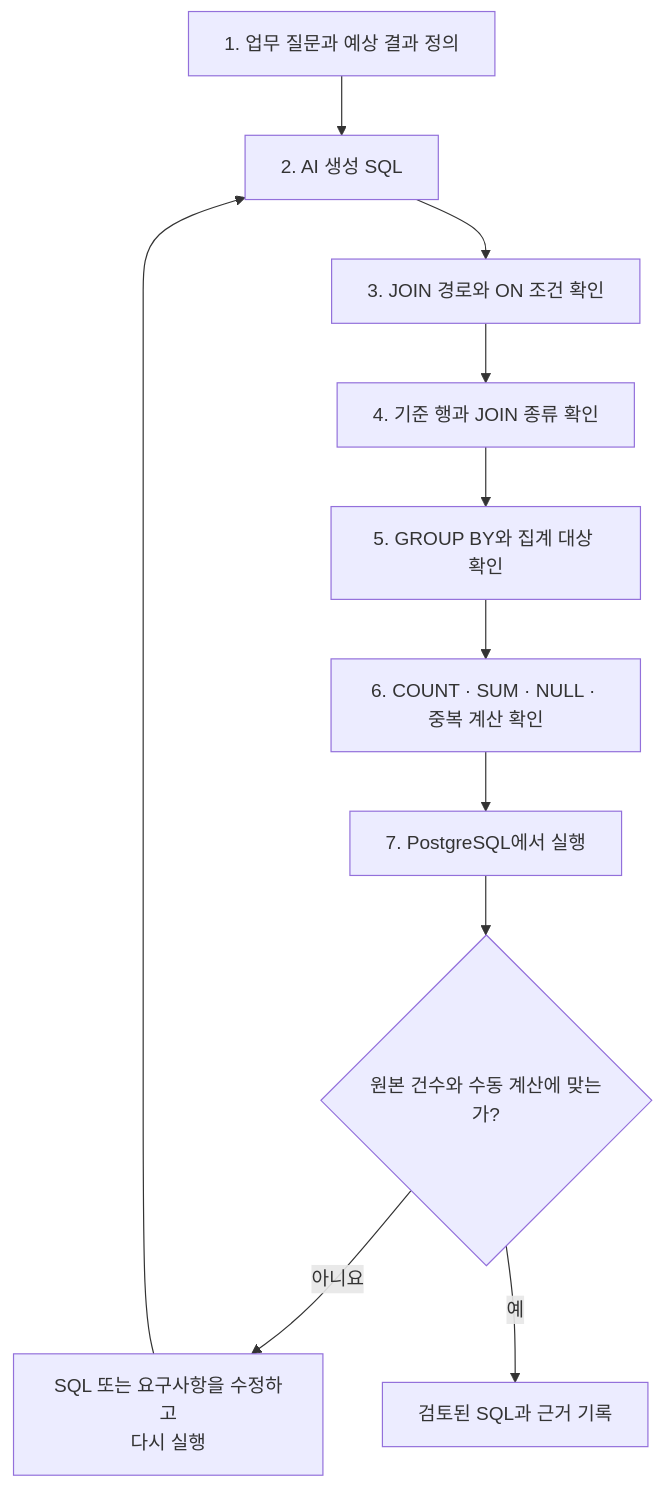
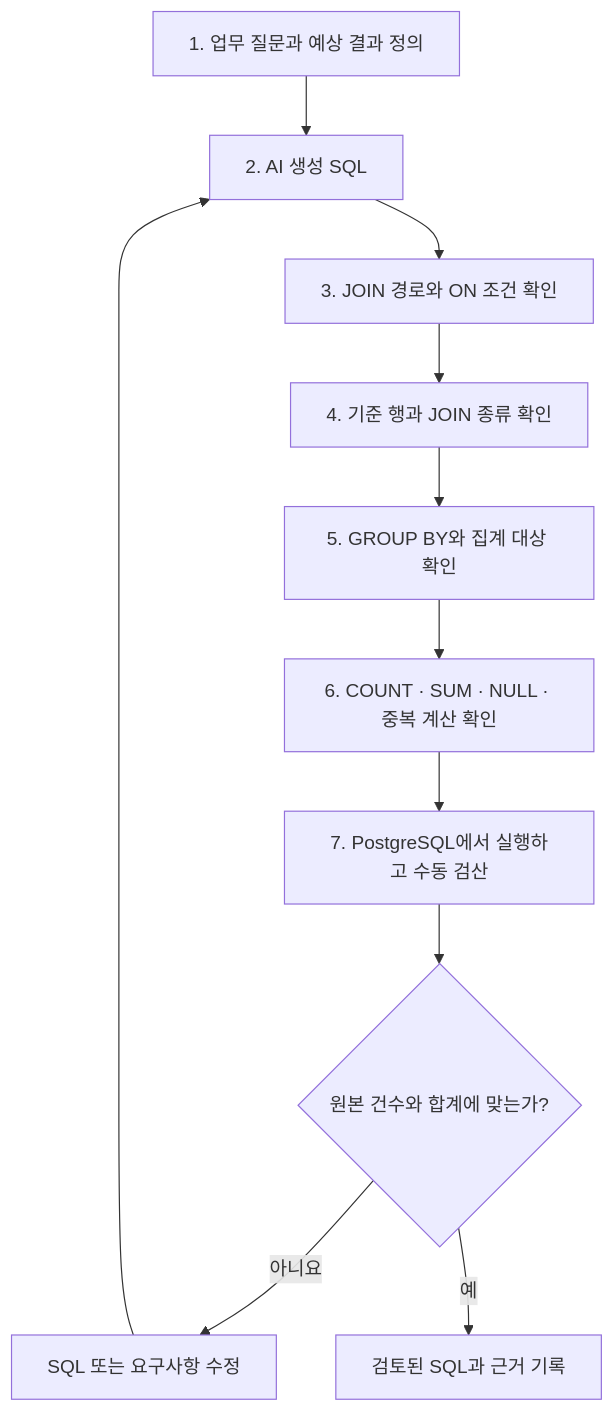
Before and after one commit to GilbertMoon/ai-database-book: the diagram in images/chapter08/ch08_08_ai_join_sql_review_flow.mmd, drawn with Mermaid.

Commit message:
fix: synchronize AI JOIN SQL review flow

```diff
--- a/images/chapter08/ch08_08_ai_join_sql_review_flow.mmd
+++ b/images/chapter08/ch08_08_ai_join_sql_review_flow.mmd
@@ -1,16 +1,16 @@
 flowchart TB
     Q[1. 업무 질문과 예상 결과 정의]
     A[2. AI 생성 SQL]
     J[3. JOIN 경로와 ON 조건 확인]
     T[4. 기준 행과 JOIN 종류 확인]
     G[5. GROUP BY와 집계 대상 확인]
     C[6. COUNT · SUM · NULL · 중복 계산 확인]
-    R[7. PostgreSQL에서 실행]
-    D{원본 건수와 수동 계산에 맞는가?}
-    F[SQL 또는 요구사항을 수정하고\n다시 실행]
+    R[7. PostgreSQL에서 실행하고 수동 검산]
+    D{원본 건수와 합계에 맞는가?}
+    F[SQL 또는 요구사항 수정]
     O[검토된 SQL과 근거 기록]
 
     Q --> A --> J --> T --> G --> C --> R --> D
-    D -->|아니요| F
+    D -- 아니요 --> F
     F --> A
-    D -->|예| O
+    D -- 예 --> O
```
